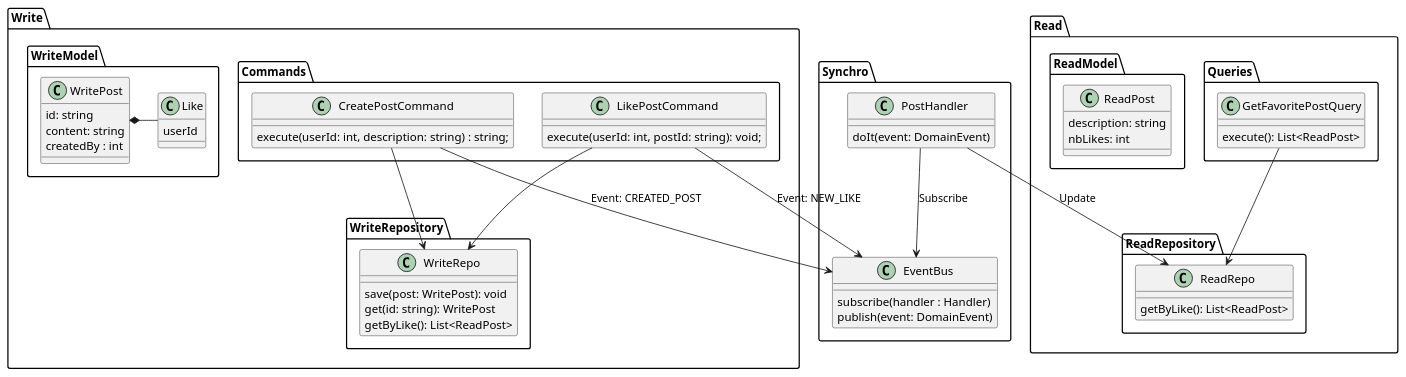
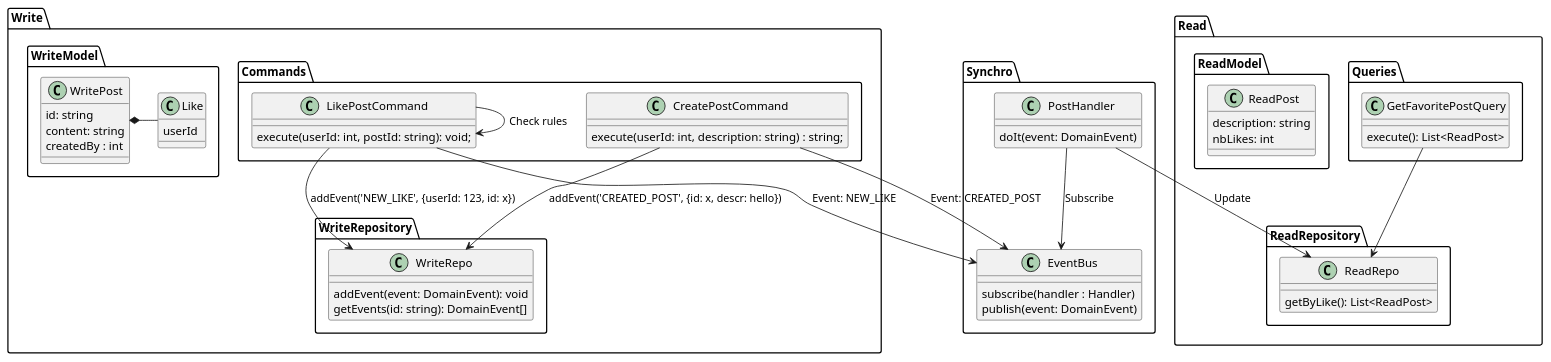
One commit to yusahoraa/cqrs-es changed the diagram in apps/stack-flow/stack-flow.puml. Above: the diagram before and after it, drawn with PlantUML. The commit also changed 6 other files, not shown here.

Commit message:
Move Post + New like to ES

```diff
--- a/apps/stack-flow/stack-flow.puml
+++ b/apps/stack-flow/stack-flow.puml
@@ -1,82 +1,82 @@
 @startuml
 'https://plantuml.com/class-diagram
 
 package Read {
   package Queries {
     class GetFavoritePostQuery {
       execute(): List<ReadPost>
     }
   }
 
   package ReadModel {
     class ReadPost {
       description: string
       nbLikes: int
     }
   }
 
   package ReadRepository {
     class ReadRepo {
       getByLike(): List<ReadPost>
     }
   }
 }
 
 package Write {
   package Commands {
     class CreatePostCommand {
       execute(userId: int, description: string) : string;
     }
 
     class LikePostCommand {
       execute(userId: int, postId: string): void;
     }
   }
 
   package WriteModel {
     class WritePost {
       id: string
       content: string
       createdBy : int
     }
 
     class Like {
       userId
     }
 
     WritePost *- Like
   }
 
   package WriteRepository {
     class WriteRepo {
-      save(post: WritePost): void
-      get(id: string): WritePost
-      getByLike(): List<ReadPost>
+      addEvent(event: DomainEvent): void
+      getEvents(id: string): DomainEvent[]
     }
 
   }
 
 }
 
 package Synchro {
   class EventBus {
     subscribe(handler : Handler)
     publish(event: DomainEvent)
   }
 
   class PostHandler {
     doIt(event: DomainEvent)
   }
 }
 
-CreatePostCommand --> WriteRepo
-LikePostCommand --> WriteRepo
+CreatePostCommand --> WriteRepo : "addEvent('CREATED_POST', {id: x, descr: hello})"
+LikePostCommand --> WriteRepo : "addEvent('NEW_LIKE', {userId: 123, id: x})"
 
 GetFavoritePostQuery --> ReadRepo
 
 CreatePostCommand --> EventBus : "Event: CREATED_POST"
 LikePostCommand --> EventBus : "Event: NEW_LIKE"
+LikePostCommand -> LikePostCommand : "Check rules"
 PostHandler --> EventBus : "Subscribe"
 PostHandler --> ReadRepo : "Update"
 
 @enduml
```
